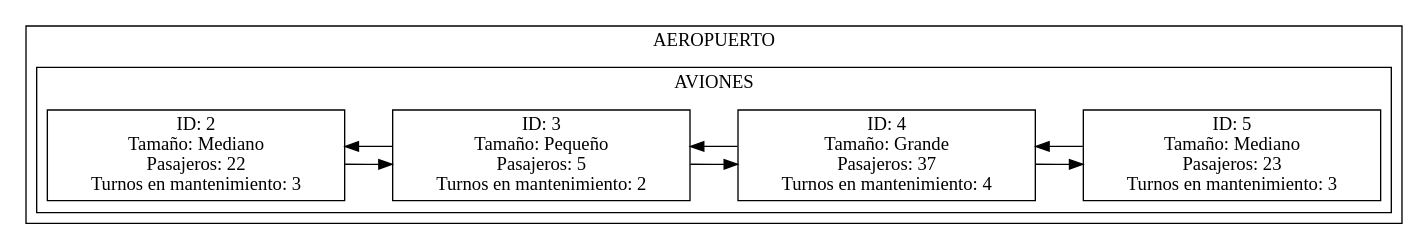
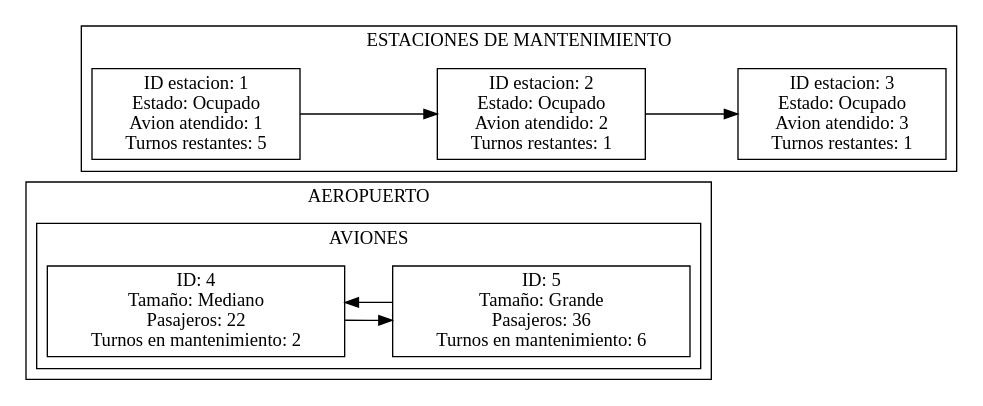
Before and after one commit to denisse-br/EDD_201224240: the diagram in practica1201224240/reportes/Grafica.dot, drawn with Graphviz. The commit also changed 16 other files, not shown here.

```diff
--- a/practica1201224240/reportes/Grafica.dot
+++ b/practica1201224240/reportes/Grafica.dot
@@ -1,18 +1,19 @@
 digraph{ 
  rankdir=LR; 
  node[shape = record, color = black];subgraph clusterAeropuerto{ 
 label = "AEROPUERTO"; 
 	  subgraph clusterAviones{ 
 	  label = "AVIONES"; 
-		 a0[label="ID: 2\n Tamaño: Mediano\n Pasajeros: 22\n Turnos en mantenimiento: 3 "];
-		 a1[label="ID: 3\n Tamaño: Pequeño\n Pasajeros: 5\n Turnos en mantenimiento: 2 "];
-		 a2[label="ID: 4\n Tamaño: Grande\n Pasajeros: 37\n Turnos en mantenimiento: 4 "];
-		 a3[label="ID: 5\n Tamaño: Mediano\n Pasajeros: 23\n Turnos en mantenimiento: 3 "];
+		 a0[label="ID: 4\n Tamaño: Mediano\n Pasajeros: 22\n Turnos en mantenimiento: 2 "];
+		 a1[label="ID: 5\n Tamaño: Grande\n Pasajeros: 36\n Turnos en mantenimiento: 6 "];
 	 }a0->a1
-a1->a2
 a1->a0
-a2->a3
-a2->a1
-a3->a2
 }
-}
+	  subgraph clusterlistaSim{ 
+	  label = "ESTACIONES DE MANTENIMIENTO"; 
+		 b0[label="ID estacion: 1\nEstado: Ocupado\nAvion atendido: 1\nTurnos restantes: 5"];
+		 b1[label="ID estacion: 2\nEstado: Ocupado\nAvion atendido: 2\nTurnos restantes: 1"];
+		 b2[label="ID estacion: 3\nEstado: Ocupado\nAvion atendido: 3\nTurnos restantes: 1"];
+b0->b1[constraint=true];
+b1->b2[constraint=true];
+	 }}
```
